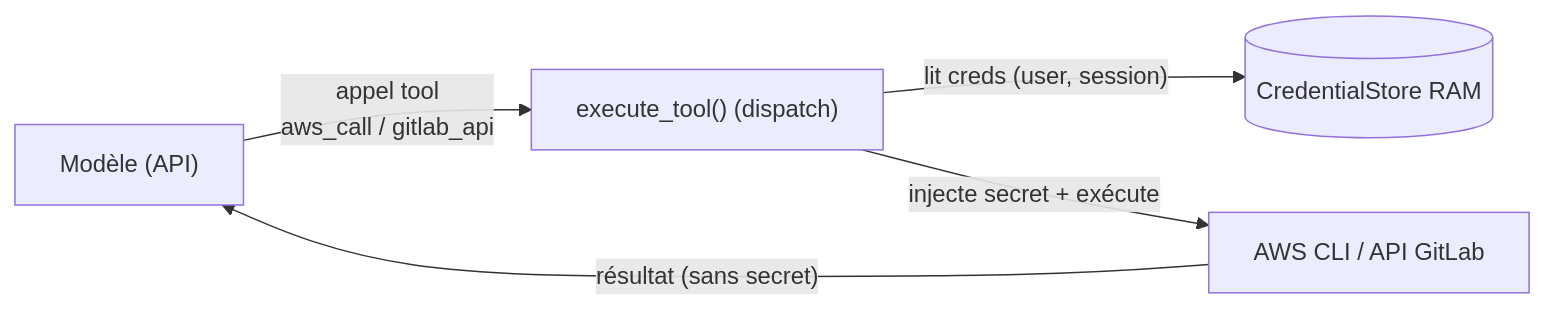
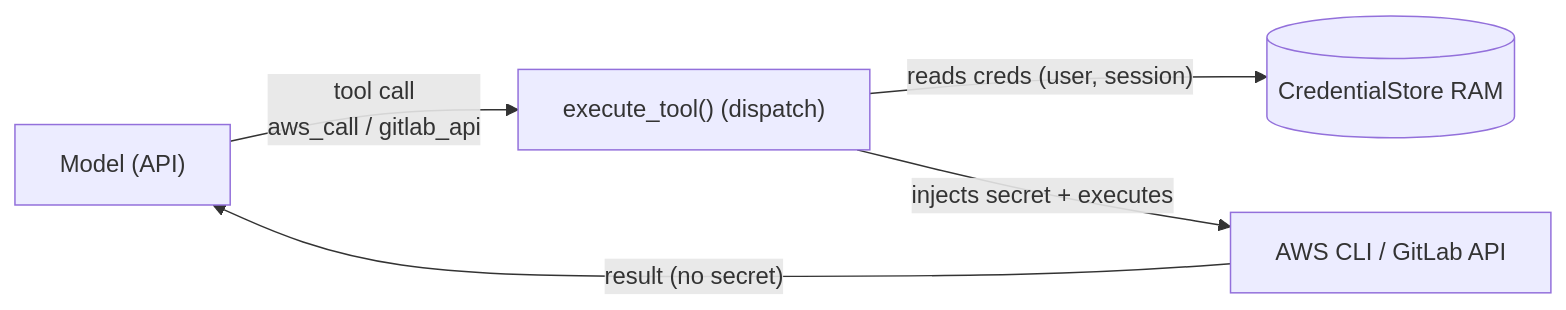
One commit to inkwest/inkwest changed the third of 4 diagrams in docs/ARCHITECTURE_FLOW.md. Above: the diagram before and after it, drawn with Mermaid. The commit also changed other lines of this file and 6 other files, not shown here.

````diff
--- a/docs/ARCHITECTURE_FLOW.md
+++ b/docs/ARCHITECTURE_FLOW.md
@@ -95,7 +95,7 @@
 ```mermaid
 flowchart LR
-    M["Modèle (API)"] -->|"appel tool<br/>aws_call / gitlab_api"| D["execute_tool() (dispatch)"]
-    D -->|"lit creds (user, session)"| S[("CredentialStore RAM")]
-    D -->|"injecte secret + exécute"| X["AWS CLI / API GitLab"]
-    X -->|"résultat (sans secret)"| M
+    M["Model (API)"] -->|"tool call<br/>aws_call / gitlab_api"| D["execute_tool() (dispatch)"]
+    D -->|"reads creds (user, session)"| S[("CredentialStore RAM")]
+    D -->|"injects secret + executes"| X["AWS CLI / GitLab API"]
+    X -->|"result (no secret)"| M
 ```
````
